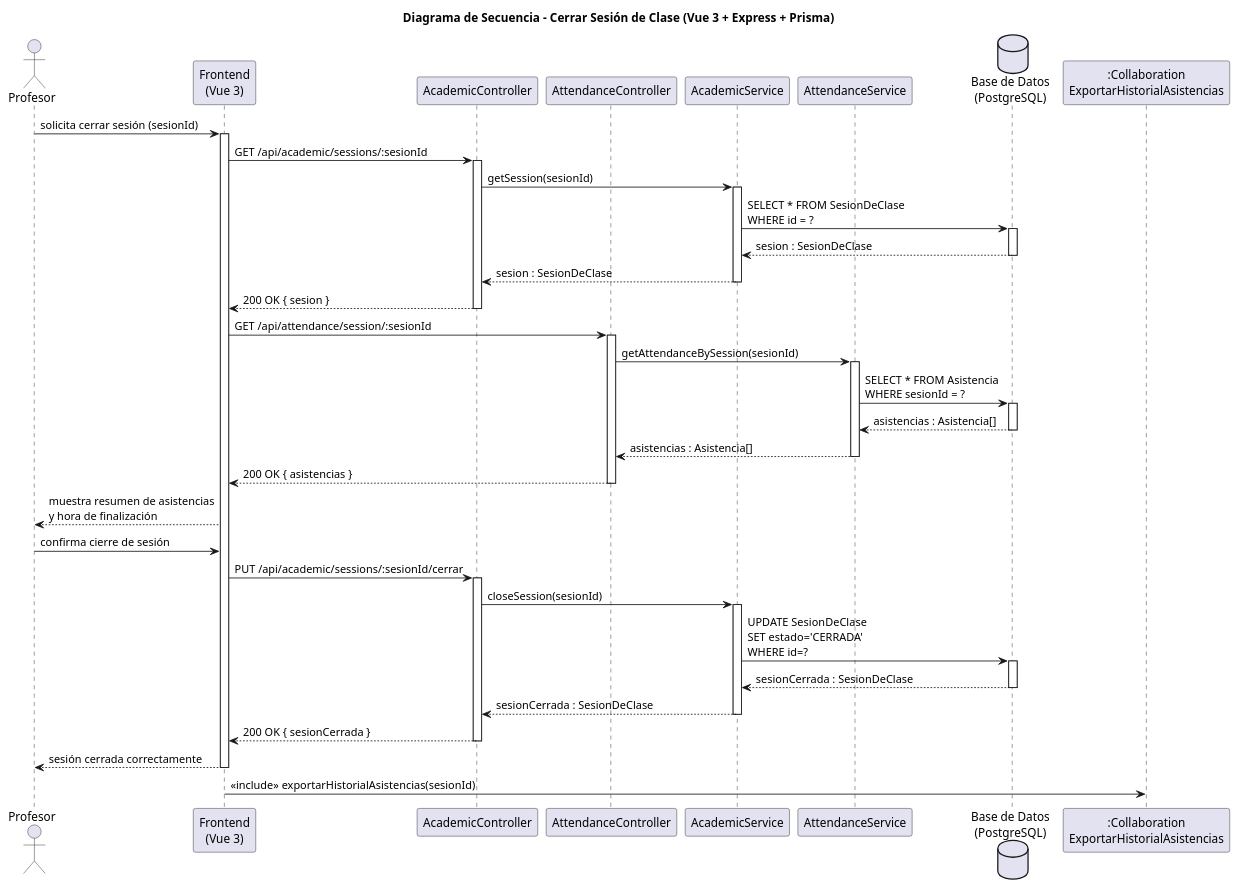
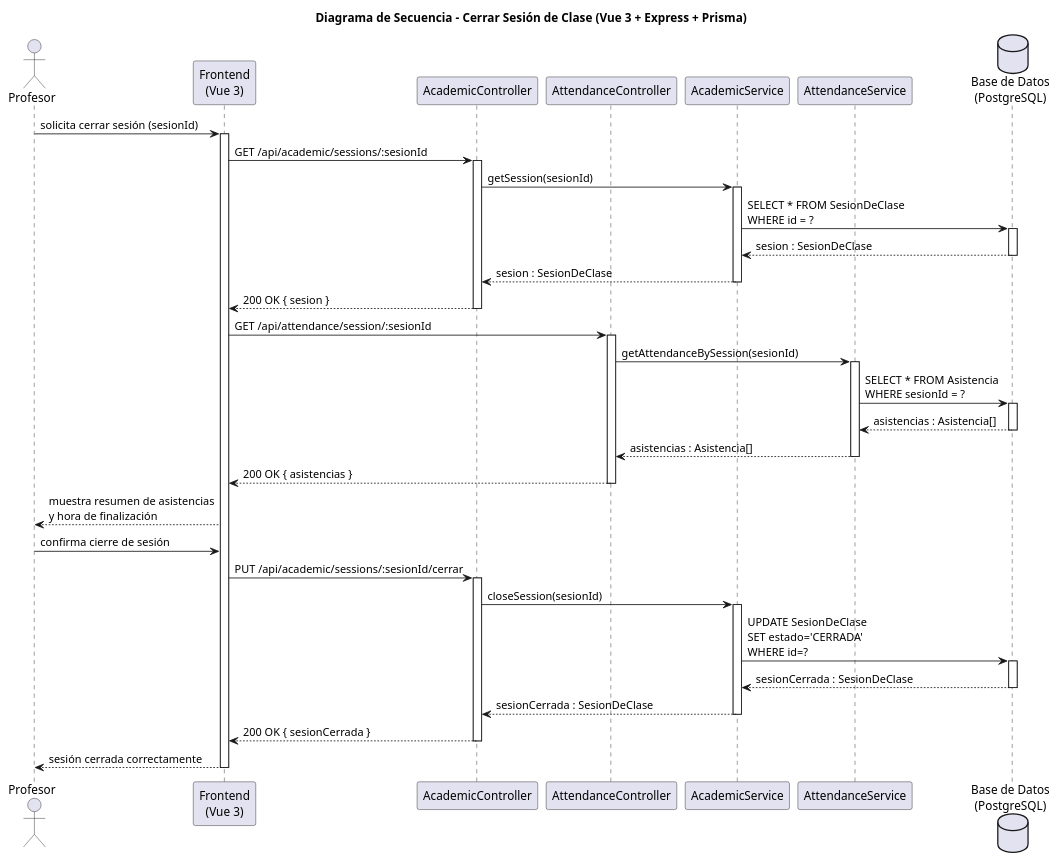
One commit to jerdier/25-26-idsw2-sdVC changed the diagram in modelosUML/diseño/cerrarSesionClase/secuencia.puml. Above: the diagram before and after it, drawn with PlantUML. The commit also changed 261 other files, not shown here.

```diff
--- a/modelosUML/diseño/cerrarSesionClase/secuencia.puml
+++ b/modelosUML/diseño/cerrarSesionClase/secuencia.puml
@@ -1,77 +1,74 @@
 @startuml cerrarSesionClase-diseno-secuencia
 
 title Diagrama de Secuencia - Cerrar Sesión de Clase (Vue 3 + Express + Prisma)
 
 actor "Profesor" as Profesor
 participant "Frontend\n(Vue 3)" as Frontend
 participant "AcademicController" as AcademicController
 participant "AttendanceController" as AttendanceController
 participant "AcademicService" as AcademicService
 participant "AttendanceService" as AttendanceService
 database "Base de Datos\n(PostgreSQL)" as DB
-participant ":Collaboration\nExportarHistorialAsistencias" as ExportarHistorialAsistencias
 
 Profesor -> Frontend : solicita cerrar sesión (sesionId)
 activate Frontend
 
 Frontend -> AcademicController : GET /api/academic/sessions/:sesionId
 activate AcademicController
 
 AcademicController -> AcademicService : getSession(sesionId)
 activate AcademicService
 
 AcademicService -> DB : SELECT * FROM SesionDeClase\nWHERE id = ?
 activate DB
 DB --> AcademicService : sesion : SesionDeClase
 deactivate DB
 
 AcademicService --> AcademicController : sesion : SesionDeClase
 deactivate AcademicService
 
 AcademicController --> Frontend : 200 OK { sesion }
 deactivate AcademicController
 
 Frontend -> AttendanceController : GET /api/attendance/session/:sesionId
 activate AttendanceController
 
 AttendanceController -> AttendanceService : getAttendanceBySession(sesionId)
 activate AttendanceService
 
 AttendanceService -> DB : SELECT * FROM Asistencia\nWHERE sesionId = ?
 activate DB
 DB --> AttendanceService : asistencias : Asistencia[]
 deactivate DB
 
 AttendanceService --> AttendanceController : asistencias : Asistencia[]
 deactivate AttendanceService
 
 AttendanceController --> Frontend : 200 OK { asistencias }
 deactivate AttendanceController
 
 Frontend --> Profesor : muestra resumen de asistencias\ny hora de finalización
 
 Profesor -> Frontend : confirma cierre de sesión
 
 Frontend -> AcademicController : PUT /api/academic/sessions/:sesionId/cerrar
 activate AcademicController
 
 AcademicController -> AcademicService : closeSession(sesionId)
 activate AcademicService
 
 AcademicService -> DB : UPDATE SesionDeClase\nSET estado='CERRADA'\nWHERE id=?
 activate DB
 DB --> AcademicService : sesionCerrada : SesionDeClase
 deactivate DB
 
 AcademicService --> AcademicController : sesionCerrada : SesionDeClase
 deactivate AcademicService
 
 AcademicController --> Frontend : 200 OK { sesionCerrada }
 deactivate AcademicController
 
 Frontend --> Profesor : sesión cerrada correctamente
 deactivate Frontend
 
-Frontend -> ExportarHistorialAsistencias : <<include>> exportarHistorialAsistencias(sesionId)
-
 @enduml
```
